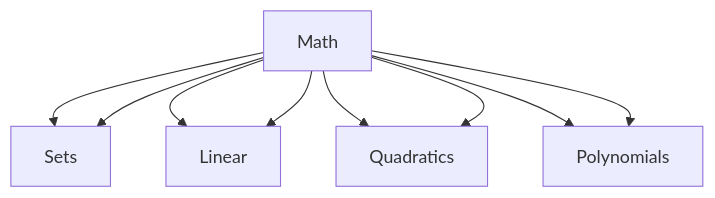
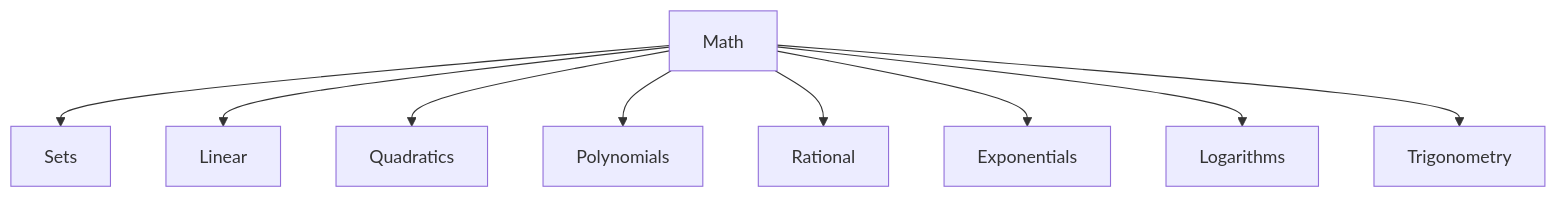
Before and after one commit to ccmas88/Hello-World: the diagram in README.md, drawn with Mermaid.

````diff
--- a/README.md
+++ b/README.md
@@ -6,11 +6,11 @@
 ```mermaid
 graph TD;
     Math-->Sets;
     Math-->Linear;
     Math-->Quadratics;
     Math-->Polynomials;
-    Math-->Sets;
-    Math-->Linear;
-    Math-->Quadratics;
-    Math-->Polynomials;
+    Math-->Rational;
+    Math-->Exponentials;
+    Math-->Logarithms;
+    Math-->Trigonometry;
 ```
````
